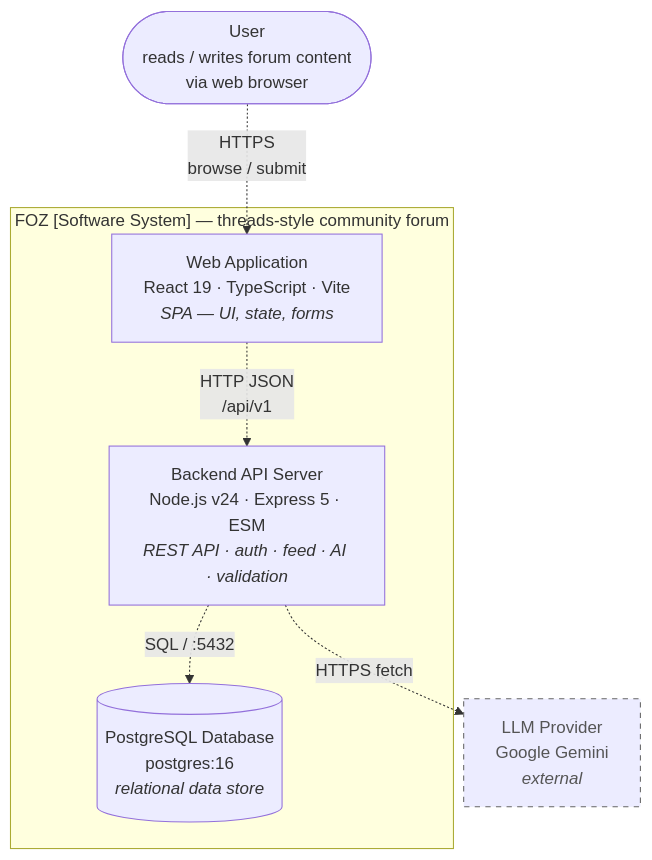
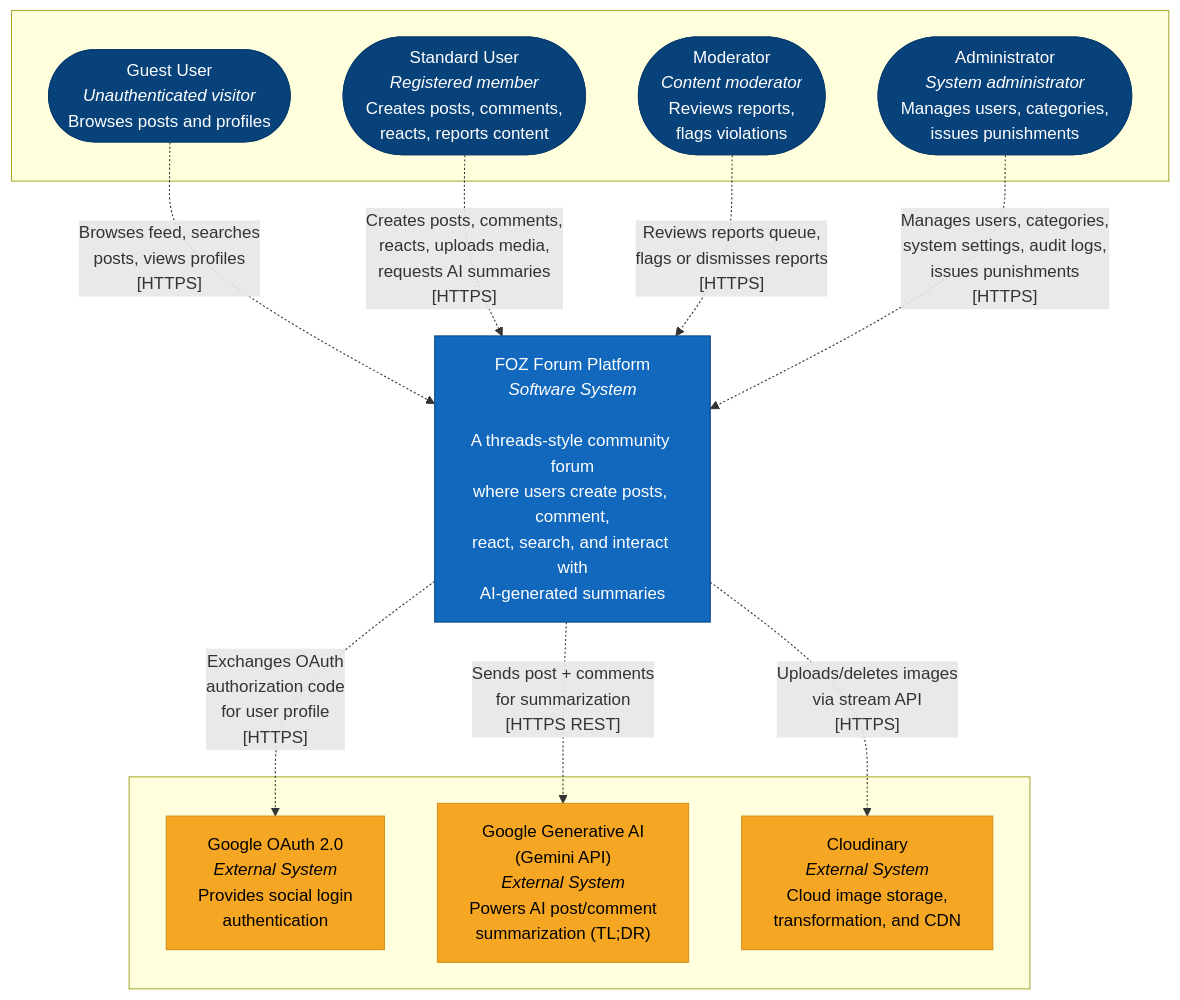
Before and after one commit to anvn12/FOZ: the first of 5 diagrams in docs/01 - PA/PA4-Group06/PA4.md, drawn with Mermaid. The commit also changed other lines of this file, not shown here.

````diff
--- a/docs/01 - PA/PA4-Group06/PA4.md
+++ b/docs/01 - PA/PA4-Group06/PA4.md
@@ -111,20 +79,34 @@
 ```mermaid
 flowchart TD
-    User(["User<br/>reads / writes forum content<br/>via web browser"])
-
-    subgraph FOZ["FOZ [Software System] — threads-style community forum"]
-        WebApp["Web Application<br/>React 19 · TypeScript · Vite<br/><i>SPA — UI, state, forms</i>"]
-        Backend["Backend API Server<br/>Node.js v24 · Express 5 · ESM<br/><i>REST API · auth · feed · AI · validation</i>"]
-        Database[("PostgreSQL Database<br/>postgres:16<br/><i>relational data store</i>")]
+    subgraph actors [" "]
+        Guest(["Guest User<br/><i>Unauthenticated visitor</i><br/>Browses posts and profiles"])
+        Standard(["Standard User<br/><i>Registered member</i><br/>Creates posts, comments,<br/>reacts, reports content"])
+        Moderator(["Moderator<br/><i>Content moderator</i><br/>Reviews reports,<br/>flags violations"])
+        Admin(["Administrator<br/><i>System administrator</i><br/>Manages users, categories,<br/>issues punishments"])
     end
 
-    LLM["LLM Provider<br/>Google Gemini<br/><i>external</i>"]
+    FOZ["FOZ Forum Platform<br/><i>Software System</i><br/><br/>A threads-style community forum<br/>where users create posts, comment,<br/>react, search, and interact with<br/>AI-generated summaries"]
 
-    User -. "HTTPS<br/>browse / submit" .-> WebApp
-    WebApp -. "HTTP JSON<br/>/api/v1" .-> Backend
-    Backend -. "SQL / :5432" .-> Database
-    Backend -. "HTTPS fetch" .-> LLM
+    subgraph external [" "]
+        Google["Google OAuth 2.0<br/><i>External System</i><br/>Provides social login<br/>authentication"]
+        Gemini["Google Generative AI<br/>(Gemini API)<br/><i>External System</i><br/>Powers AI post/comment<br/>summarization (TL;DR)"]
+        Cloudinary["Cloudinary<br/><i>External System</i><br/>Cloud image storage,<br/>transformation, and CDN"]
+    end
 
-    classDef external stroke:#666,stroke-dasharray:5 5,color:#555
-    class LLM external
+    Guest -. "Browses feed, searches<br/>posts, views profiles<br/>[HTTPS]" .-> FOZ
+    Standard -. "Creates posts, comments,<br/>reacts, uploads media,<br/>requests AI summaries<br/>[HTTPS]" .-> FOZ
+    Moderator -. "Reviews reports queue,<br/>flags or dismisses reports<br/>[HTTPS]" .-> FOZ
+    Admin -. "Manages users, categories,<br/>system settings, audit logs,<br/>issues punishments<br/>[HTTPS]" .-> FOZ
+
+    FOZ -. "Exchanges OAuth<br/>authorization code<br/>for user profile<br/>[HTTPS]" .-> Google
+    FOZ -. "Sends post + comments<br/>for summarization<br/>[HTTPS REST]" .-> Gemini
+    FOZ -. "Uploads/deletes images<br/>via stream API<br/>[HTTPS]" .-> Cloudinary
+
+    classDef system fill:#1168bd,stroke:#0b4884,color:#fff
+    classDef person fill:#08427b,stroke:#073b6e,color:#fff
+    classDef ext fill:#f5a623,stroke:#d4901c,color:#000
+
+    class FOZ system
+    class Guest,Standard,Moderator,Admin person
+    class Google,Gemini,Cloudinary ext
 ```
````
